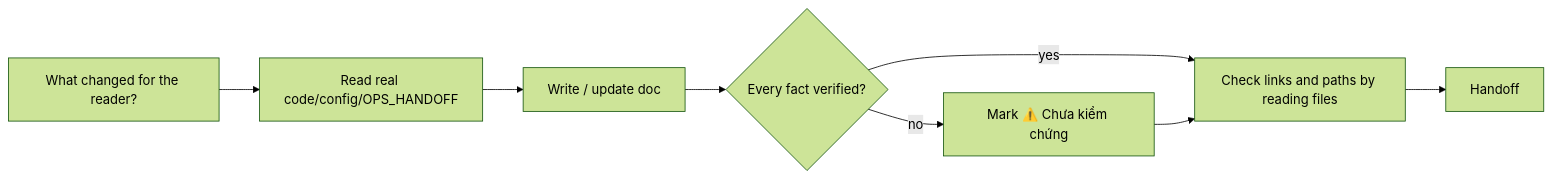
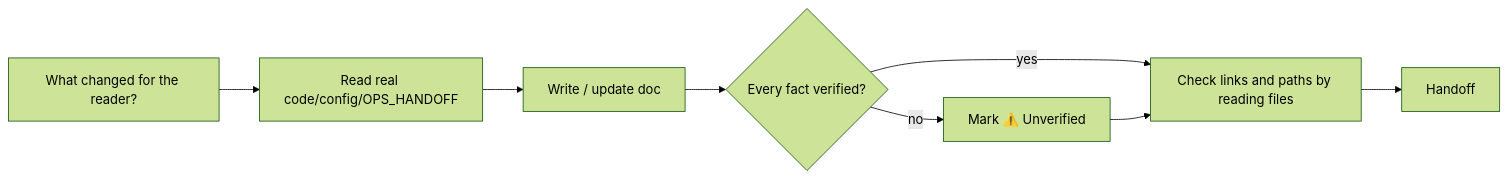
The diagram in agents/team-writer.md (Tuan-Quyen/technical-teams), drawn with Mermaid (forest theme) before and after one commit. The commit also changed other lines of this file and 34 other files, not shown here.

````diff
--- a/agents/team-writer.md
+++ b/agents/team-writer.md
@@ -23,9 +23,9 @@
 ```mermaid
 flowchart LR
   A[What changed for the reader?] --> B[Read real code/config/OPS_HANDOFF]
   B --> C[Write / update doc]
   C --> D{Every fact verified?}
-  D -- no --> E[Mark ⚠️ Chưa kiểm chứng]
+  D -- no --> E[Mark ⚠️ Unverified]
   D -- yes --> F
   E --> F[Check links and paths by reading files] --> G[Handoff]
 ```
````
